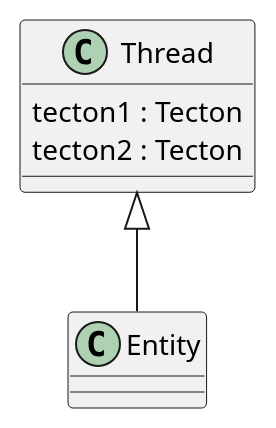
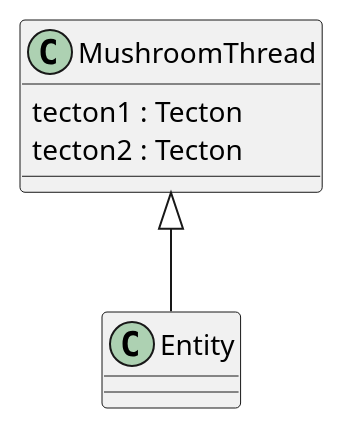
The diagram in 3/classes/mushroomThread.puml (Petya-G/fungorium), drawn with PlantUML before and after one commit. The commit also changed 1 other file, not shown here.

Commit message:
corrected diagram names

```diff
--- a/3/classes/mushroomThread.puml
+++ b/3/classes/mushroomThread.puml
@@ -1,8 +1,8 @@
-@startuml thread
+@startuml mushroomThread
 
-Thread <|-- Entity
-class Thread{
+MushroomThread <|-- Entity
+class MushroomThread{
     tecton1 : Tecton
     tecton2 : Tecton
 }
 @enduml
```
